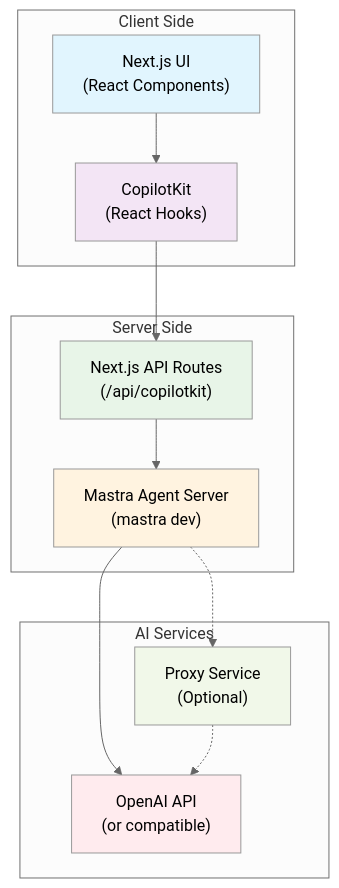
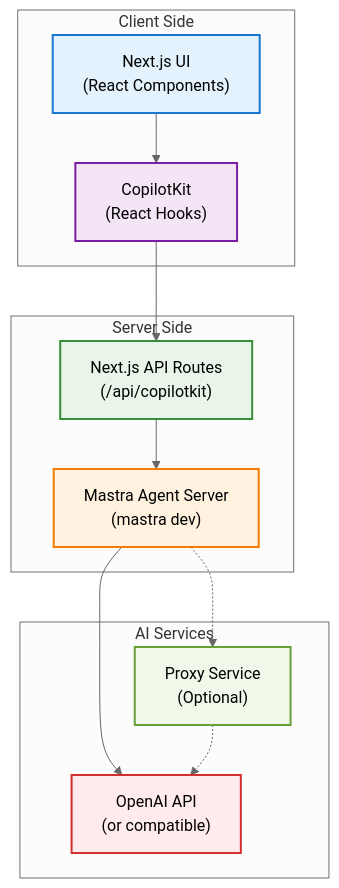
The diagram in README.md (dealenx/copilot-mastra), drawn with Mermaid (neutral theme) before and after one commit.

Commit message:
docs: обновить стили в диаграмме архитектуры в README.md для улучшения визуализации

````diff
--- a/README.md
+++ b/README.md
@@ -22,31 +22,31 @@
 ```mermaid
 graph TB
     subgraph "Client Side"
         UI["Next.js UI<br/>(React Components)"]
         CK["CopilotKit<br/>(React Hooks)"]
     end
     
     subgraph "Server Side"
         API["Next.js API Routes<br/>(/api/copilotkit)"]
         MS["Mastra Agent Server<br/>(mastra dev)"]
     end
     
     subgraph "AI Services"
         OAI["OpenAI API<br/>(or compatible)"]
         PROXY["Proxy Service<br/>(Optional)"]
     end
     
     UI --> CK
     CK --> API
     API --> MS
     MS --> OAI
     MS -.-> PROXY
     PROXY -.-> OAI
     
-    style UI fill:#e1f5fe
-    style CK fill:#f3e5f5
-    style API fill:#e8f5e8
-    style MS fill:#fff3e0
-    style OAI fill:#ffebee
-    style PROXY fill:#f1f8e9
+    style UI fill:#e3f2fd,stroke:#1976d2,stroke-width:2px,color:#000
+    style CK fill:#f3e5f5,stroke:#7b1fa2,stroke-width:2px,color:#000
+    style API fill:#e8f5e8,stroke:#388e3c,stroke-width:2px,color:#000
+    style MS fill:#fff3e0,stroke:#f57c00,stroke-width:2px,color:#000
+    style OAI fill:#ffebee,stroke:#d32f2f,stroke-width:2px,color:#000
+    style PROXY fill:#f1f8e9,stroke:#689f38,stroke-width:2px,color:#000
 ```
````
